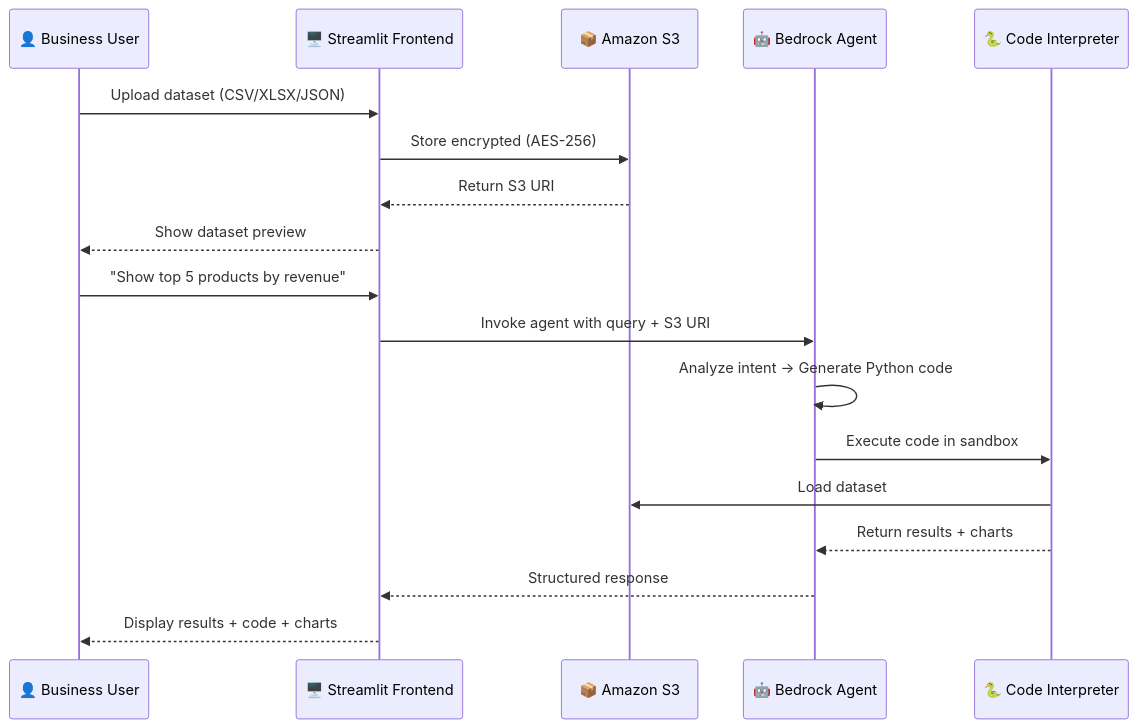
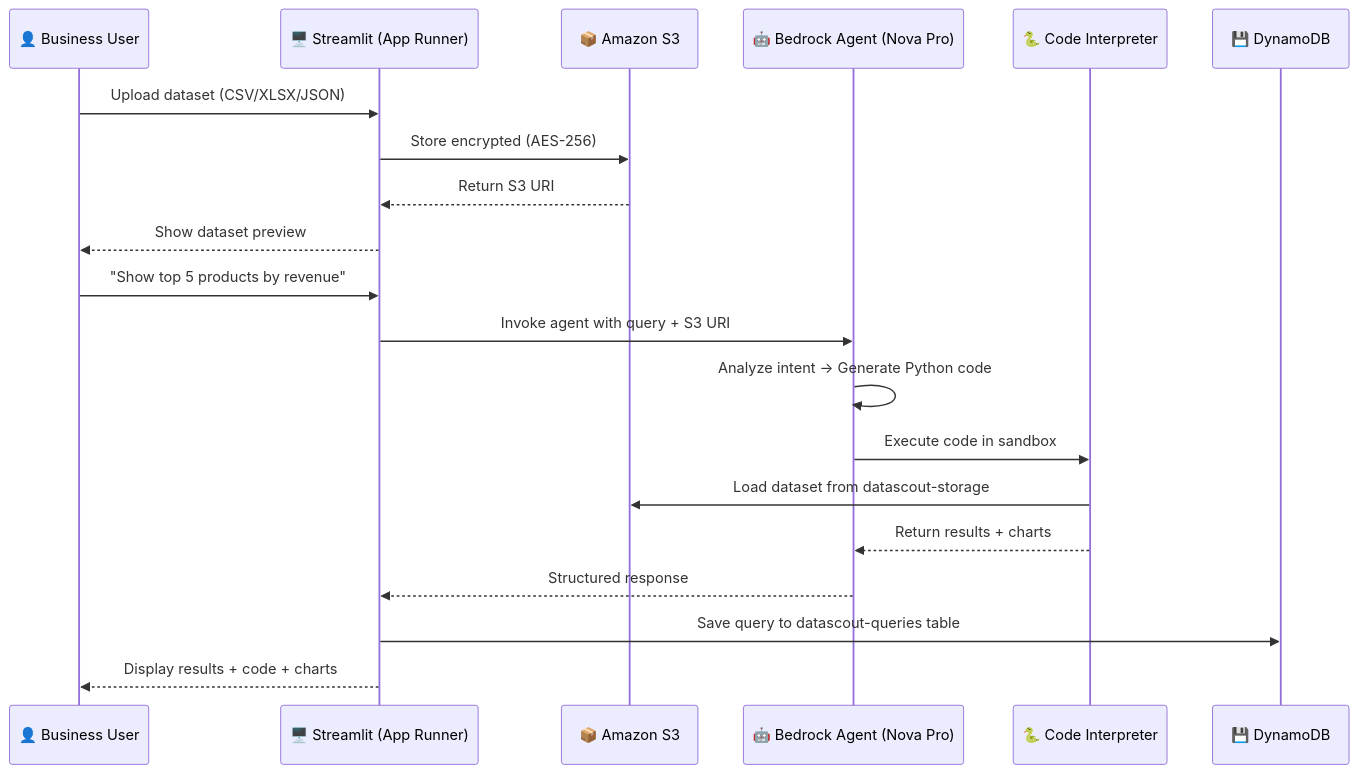
One commit to pritamsingh019/Data_scout changed the diagram in Docs/hackathon_presentation_guide.md. Above: the diagram before and after it, drawn with Mermaid. The commit also changed other lines of this file and 22 other files, not shown here.

````diff
--- a/Docs/hackathon_presentation_guide.md
+++ b/Docs/hackathon_presentation_guide.md
@@ -159,22 +238,24 @@
 ```mermaid
 sequenceDiagram
     participant U as 👤 Business User
-    participant F as 🖥️ Streamlit Frontend
+    participant F as 🖥️ Streamlit (App Runner)
     participant S3 as 📦 Amazon S3
-    participant B as 🤖 Bedrock Agent
+    participant B as 🤖 Bedrock Agent (Nova Pro)
     participant CI as 🐍 Code Interpreter
+    participant DB as 💾 DynamoDB
 
     U->>F: Upload dataset (CSV/XLSX/JSON)
     F->>S3: Store encrypted (AES-256)
     S3-->>F: Return S3 URI
     F-->>U: Show dataset preview
 
     U->>F: "Show top 5 products by revenue"
     F->>B: Invoke agent with query + S3 URI
     B->>B: Analyze intent → Generate Python code
     B->>CI: Execute code in sandbox
-    CI->>S3: Load dataset
+    CI->>S3: Load dataset from datascout-storage
     CI-->>B: Return results + charts
     B-->>F: Structured response
+    F->>DB: Save query to datascout-queries table
     F-->>U: Display results + code + charts
 ```
````
